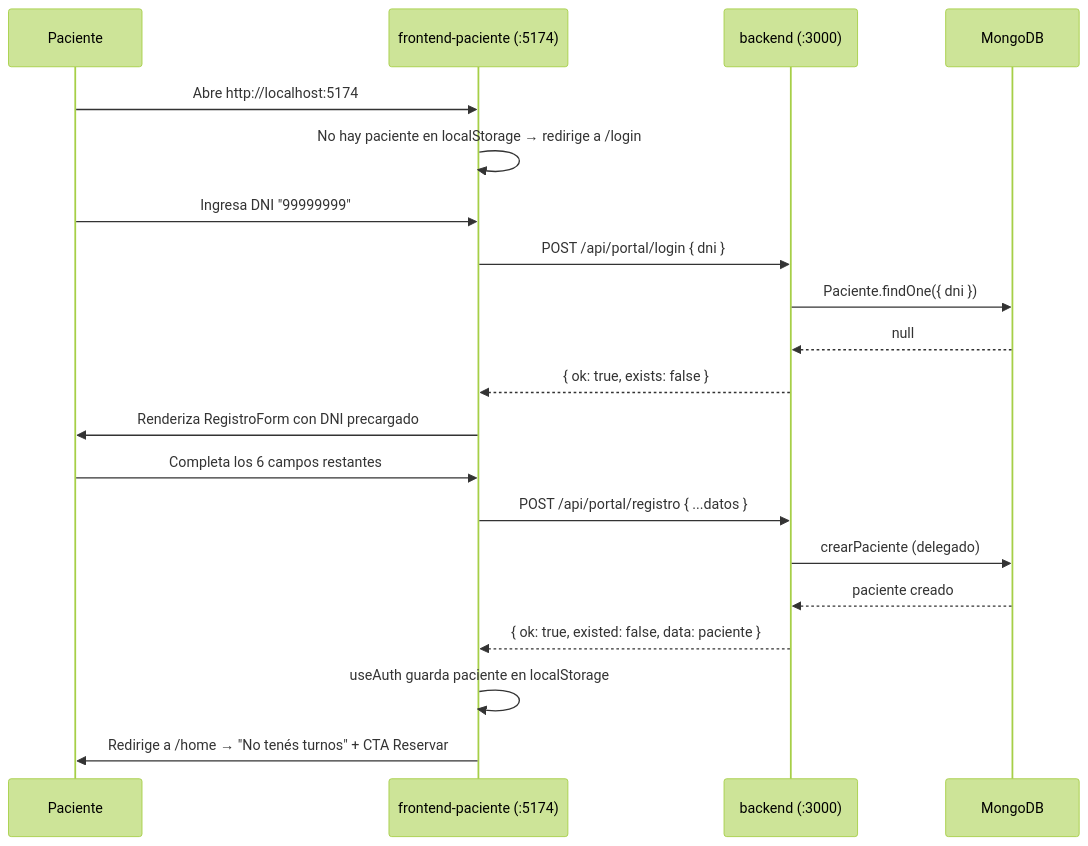
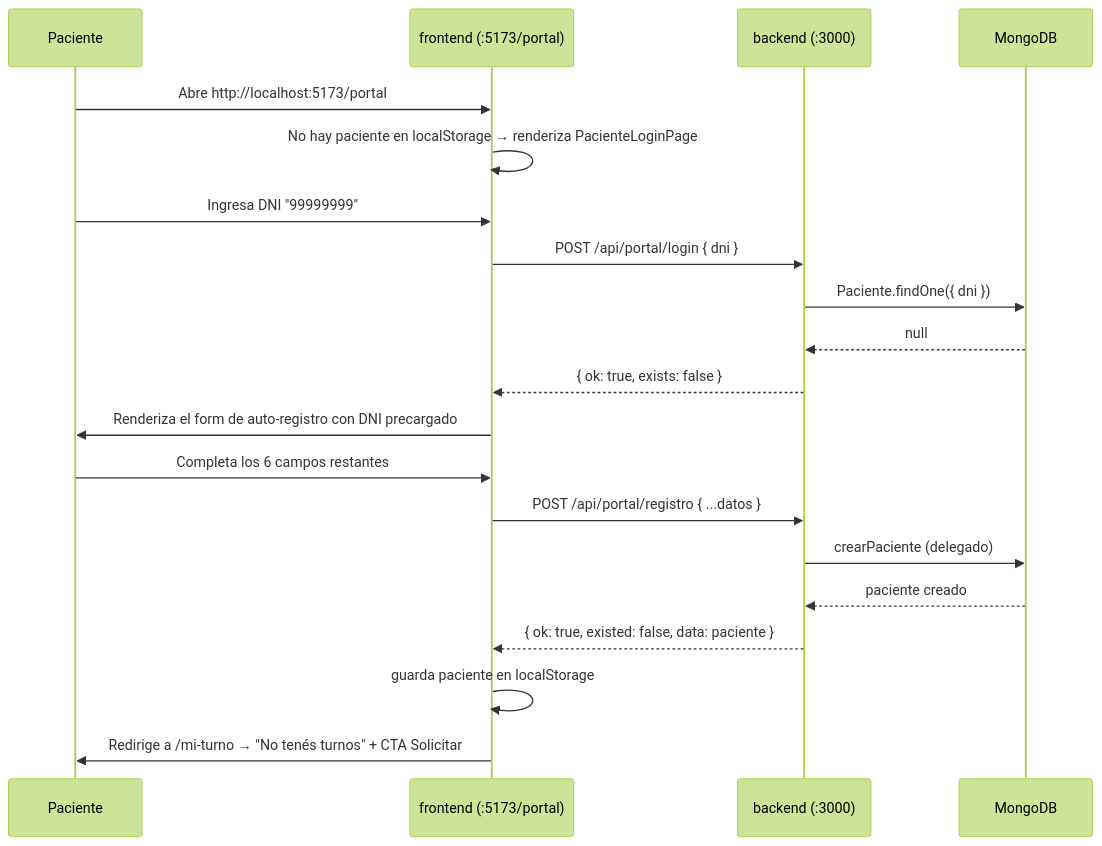
The first of 2 diagrams in docs/09-portal-paciente.md (sergioibanezamaya/bdd_2), drawn with Mermaid (forest theme) before and after one commit. The commit also changed other lines of this file and 32 other files, not shown here.

````diff
--- a/docs/09-portal-paciente.md
+++ b/docs/09-portal-paciente.md
@@ -125,22 +129,22 @@
 ```mermaid
 sequenceDiagram
     participant P as Paciente
-    participant FE as frontend-paciente (:5174)
+    participant FE as frontend (:5173/portal)
     participant BE as backend (:3000)
     participant DB as MongoDB
-    P->>FE: Abre http://localhost:5174
-    FE->>FE: No hay paciente en localStorage → redirige a /login
+    P->>FE: Abre http://localhost:5173/portal
+    FE->>FE: No hay paciente en localStorage → renderiza PacienteLoginPage
     P->>FE: Ingresa DNI "99999999"
     FE->>BE: POST /api/portal/login { dni }
     BE->>DB: Paciente.findOne({ dni })
     DB-->>BE: null
     BE-->>FE: { ok: true, exists: false }
-    FE->>P: Renderiza RegistroForm con DNI precargado
+    FE->>P: Renderiza el form de auto-registro con DNI precargado
     P->>FE: Completa los 6 campos restantes
     FE->>BE: POST /api/portal/registro { ...datos }
     BE->>DB: crearPaciente (delegado)
     DB-->>BE: paciente creado
     BE-->>FE: { ok: true, existed: false, data: paciente }
-    FE->>FE: useAuth guarda paciente en localStorage
-    FE->>P: Redirige a /home → "No tenés turnos" + CTA Reservar
+    FE->>FE: guarda paciente en localStorage
+    FE->>P: Redirige a /mi-turno → "No tenés turnos" + CTA Solicitar
 ```
````
